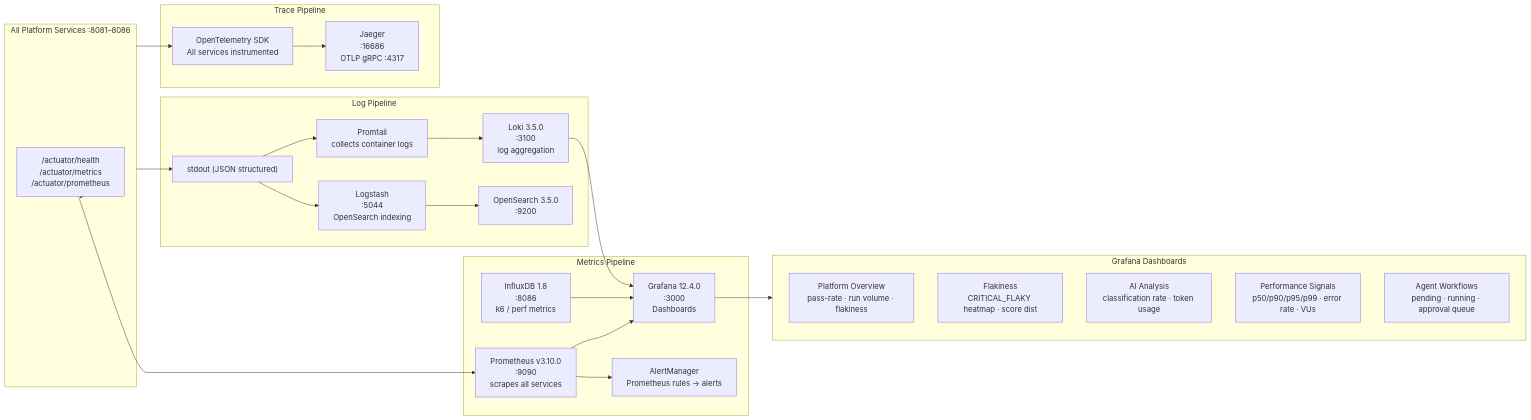
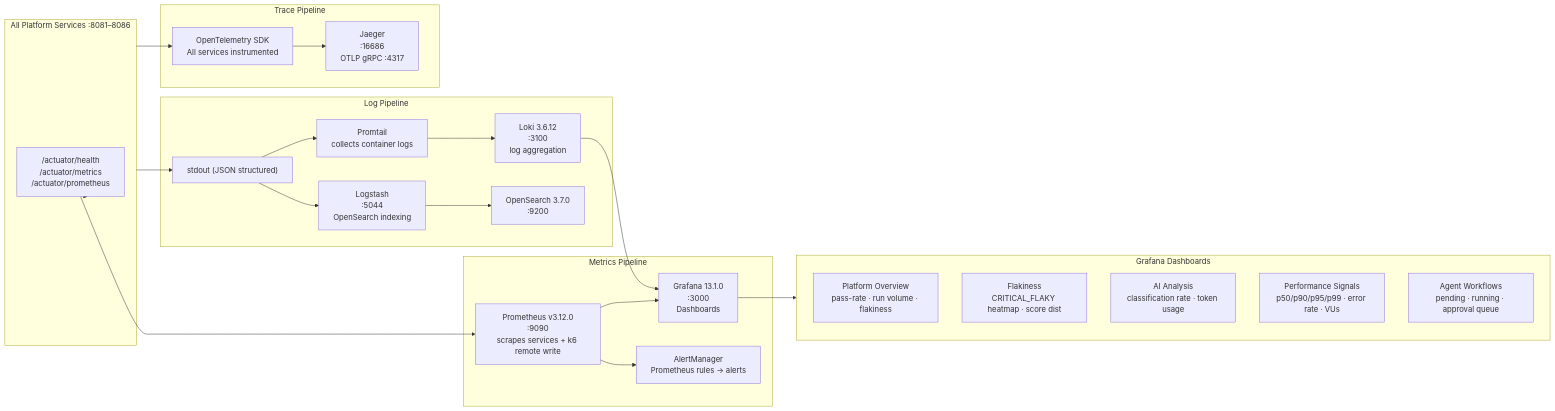
Before and after one commit to NDViet/test-automation-platform: the ninth of 13 diagrams in docs/system-architecture-current.md, drawn with Mermaid. The commit also changed other lines of this file and 42 other files, not shown here.

````diff
--- a/docs/system-architecture-current.md
+++ b/docs/system-architecture-current.md
@@ -500,52 +500,50 @@
 ```mermaid
 flowchart LR
     subgraph SERVICES["All Platform Services :8081–8086"]
         ACT["/actuator/health<br/>/actuator/metrics<br/>/actuator/prometheus"]
     end
 
     subgraph METRICS["Metrics Pipeline"]
-        PROM["Prometheus v3.10.0<br/>:9090<br/>scrapes all services"]
-        GRAFANA["Grafana 12.4.0<br/>:3000<br/>Dashboards"]
-        INFLUX["InfluxDB 1.8<br/>:8086<br/>k6 / perf metrics"]
+        PROM["Prometheus v3.12.0<br/>:9090<br/>scrapes services + k6 remote write"]
+        GRAFANA["Grafana 13.1.0<br/>:3000<br/>Dashboards"]
         AM["AlertManager<br/>Prometheus rules → alerts"]
     end
 
     subgraph LOGS["Log Pipeline"]
         STDOUT["stdout (JSON structured)"]
         PT["Promtail<br/>collects container logs"]
-        LOKI["Loki 3.5.0<br/>:3100<br/>log aggregation"]
+        LOKI["Loki 3.6.12<br/>:3100<br/>log aggregation"]
         LS["Logstash<br/>:5044<br/>OpenSearch indexing"]
-        OS["OpenSearch 3.5.0<br/>:9200"]
+        OS["OpenSearch 3.7.0<br/>:9200"]
     end
 
     subgraph TRACES["Trace Pipeline"]
         OTEL["OpenTelemetry SDK<br/>All services instrumented"]
         JAEGER["Jaeger<br/>:16686<br/>OTLP gRPC :4317"]
     end
 
     SERVICES --> ACT
     ACT --> PROM
     PROM --> GRAFANA
     PROM --> AM
-    INFLUX --> GRAFANA
 
     SERVICES --> STDOUT
     STDOUT --> PT
     PT --> LOKI
     LOKI --> GRAFANA
     STDOUT --> LS
     LS --> OS
 
     SERVICES --> OTEL
     OTEL --> JAEGER
 
     subgraph DASHBOARDS["Grafana Dashboards"]
         D1["Platform Overview<br/>pass-rate · run volume · flakiness"]
         D2["Flakiness<br/>CRITICAL_FLAKY heatmap · score dist"]
         D3["AI Analysis<br/>classification rate · token usage"]
         D4["Performance Signals<br/>p50/p90/p95/p99 · error rate · VUs"]
         D5["Agent Workflows<br/>pending · running · approval queue"]
     end
 
     GRAFANA --> DASHBOARDS
 ```
````
